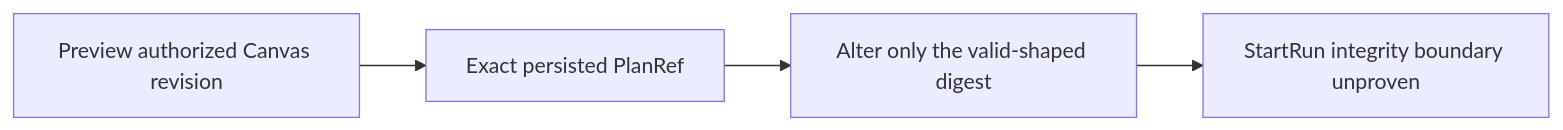
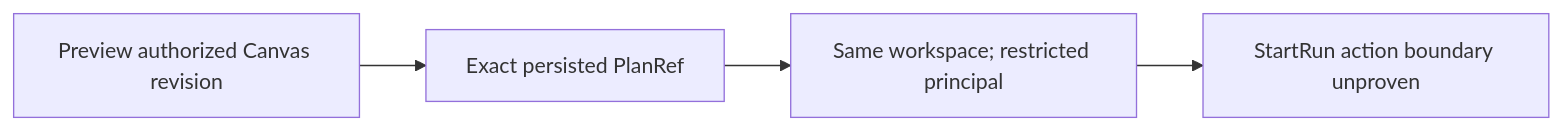
Before and after one commit to dunay2/dvt: the first of 2 diagrams in docs/planning/proposals/mandatory/frontend-and-ux/gh-3021-dvt-preview-run-live-plan-20260915.md, drawn with Mermaid. The commit also changed other lines of this file and 5 other files, not shown here.

Commit message:
test(web): Prove denied StartRun action (#3203)

````diff
--- a/docs/planning/proposals/mandatory/frontend-and-ux/gh-3021-dvt-preview-run-live-plan-20260915.md
+++ b/docs/planning/proposals/mandatory/frontend-and-ux/gh-3021-dvt-preview-run-live-plan-20260915.md
@@ -29,6 +30,6 @@
 ```mermaid
 flowchart LR
   A[Preview authorized Canvas revision] --> B[Exact persisted PlanRef]
-  B --> C[Alter only the valid-shaped digest]
-  C --> D[StartRun integrity boundary unproven]
+  B --> C[Same workspace; restricted principal]
+  C --> D[StartRun action boundary unproven]
 ```
````
